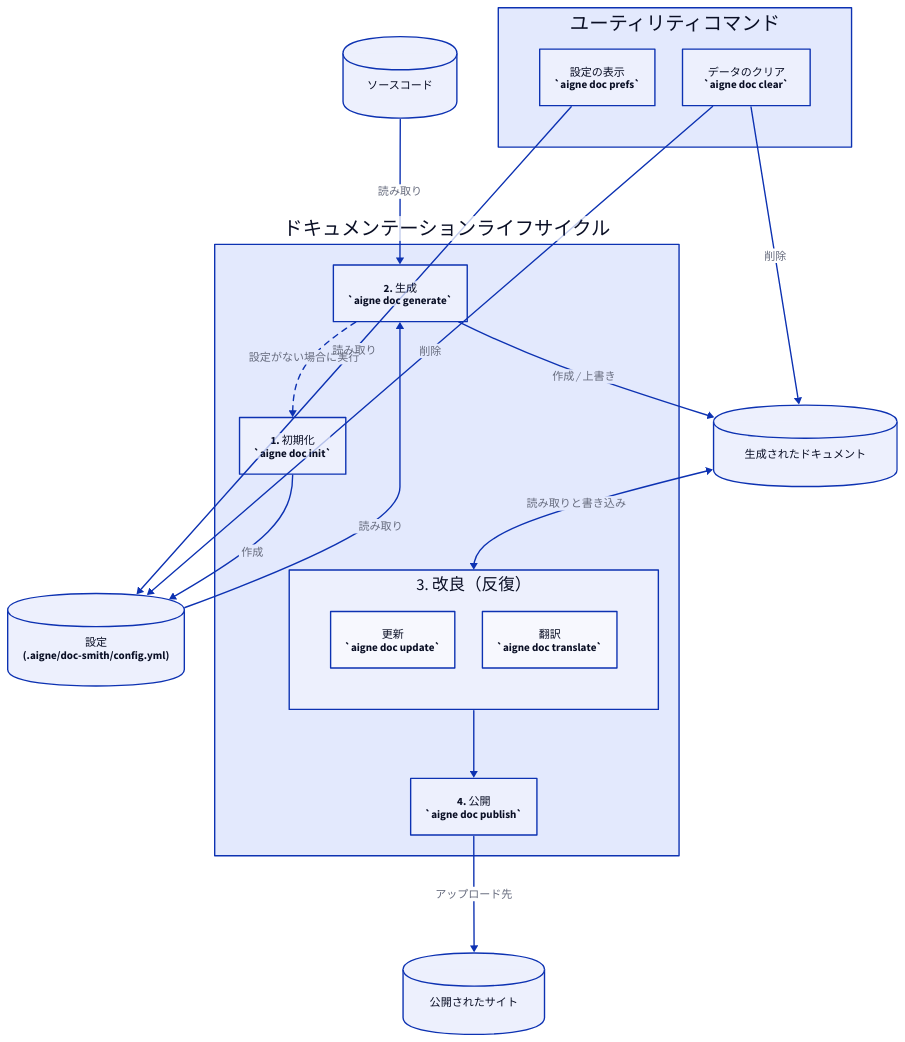
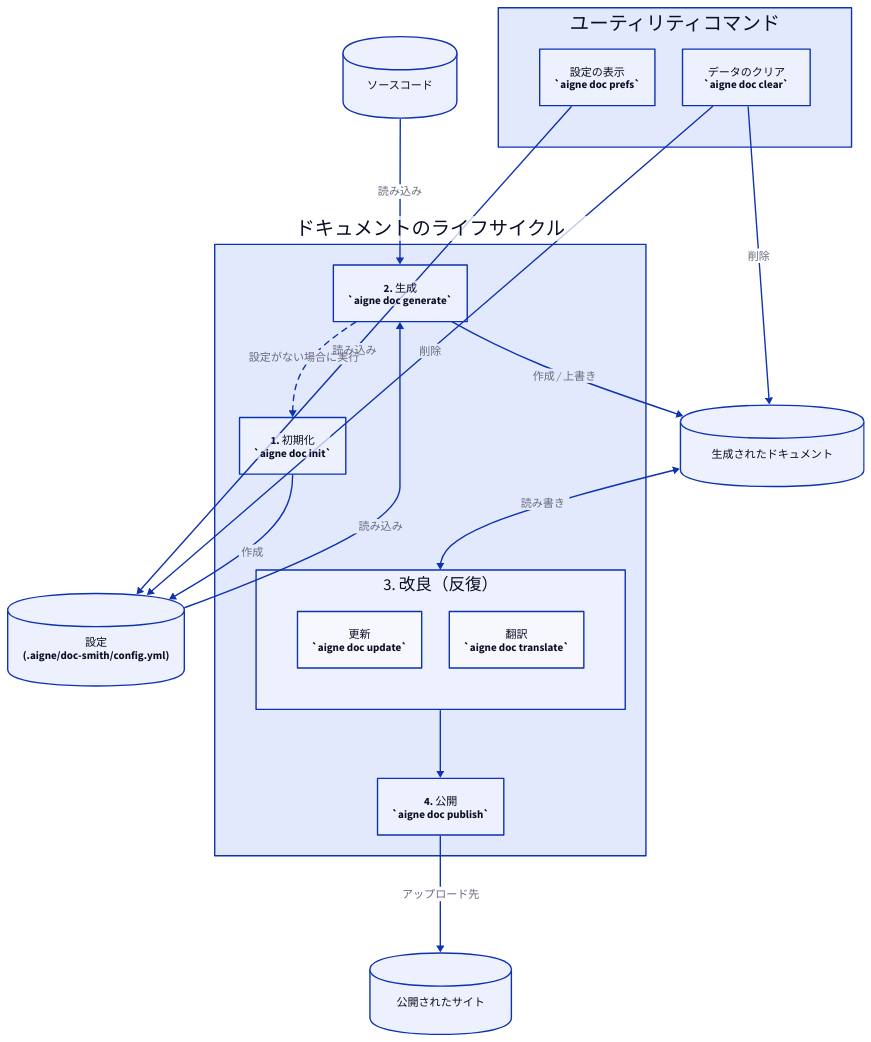
The diagram in docs/cli-reference.ja.md (AIGNE-io/aigne-doc-smith), drawn with D2 before and after one commit. The commit also changed other lines of this file and 65 other files, not shown here.

````diff
--- a/docs/cli-reference.ja.md
+++ b/docs/cli-reference.ja.md
@@ -35,7 +35,7 @@
 
 # --- Core Workflow ---
 Lifecycle: {
-  label: "ドキュメンテーションライフサイクル"
+  label: "ドキュメントのライフサイクル"
   
   init: {
     label: "1. 初期化\n`aigne doc init`"
@@ -87,8 +87,8 @@
 
 # Setup and Generation
 Lifecycle.init -> Configuration: "作成"
-Source-Code -> Lifecycle.generate: "読み取り"
-Configuration -> Lifecycle.generate: "読み取り"
+Source-Code -> Lifecycle.generate: "読み込み"
+Configuration -> Lifecycle.generate: "読み込み"
 Lifecycle.generate -> Generated-Docs: "作成 / 上書き"
 Lifecycle.generate -> Lifecycle.init: {
   label: "設定がない場合に実行"
@@ -96,14 +96,14 @@
 }
 
 # Refinement Loop
-Generated-Docs <-> Lifecycle.Refinement: "読み取りと書き込み"
+Generated-Docs <-> Lifecycle.Refinement: "読み書き"
 
 # Publishing
 Lifecycle.Refinement -> Lifecycle.publish
 Lifecycle.publish -> Published-Docs: "アップロード先"
 
 # Utility Connections
-Utilities.prefs -> Configuration: "読み取り"
+Utilities.prefs -> Configuration: "読み込み"
 Utilities.clear -> Configuration: "削除"
 Utilities.clear -> Generated-Docs: "削除"
 ```
````
